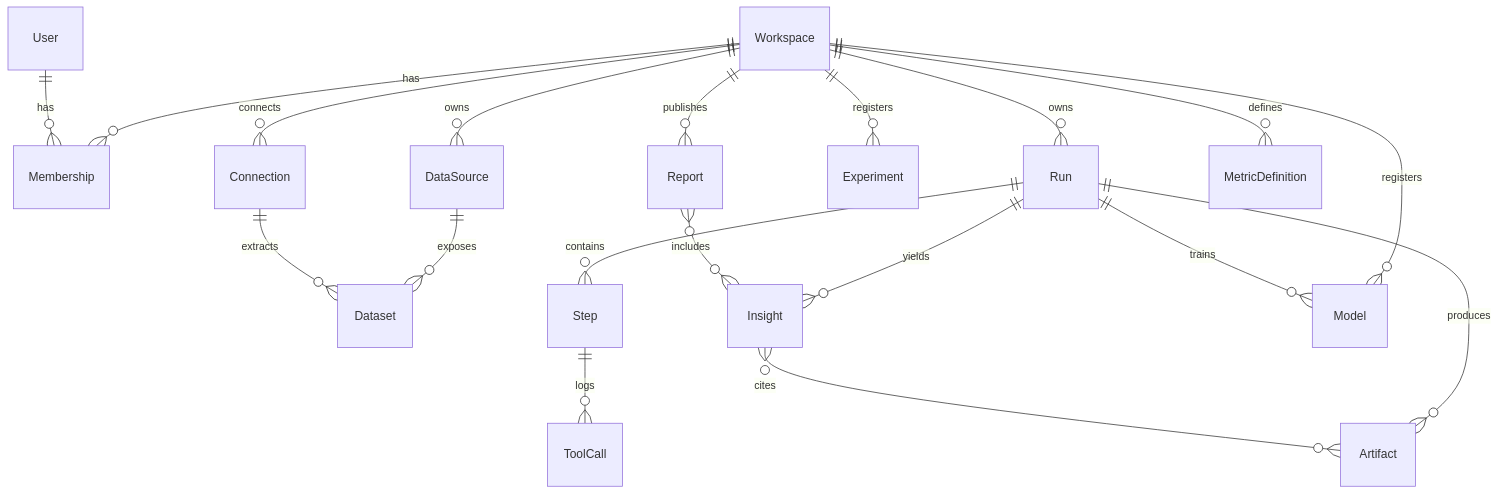
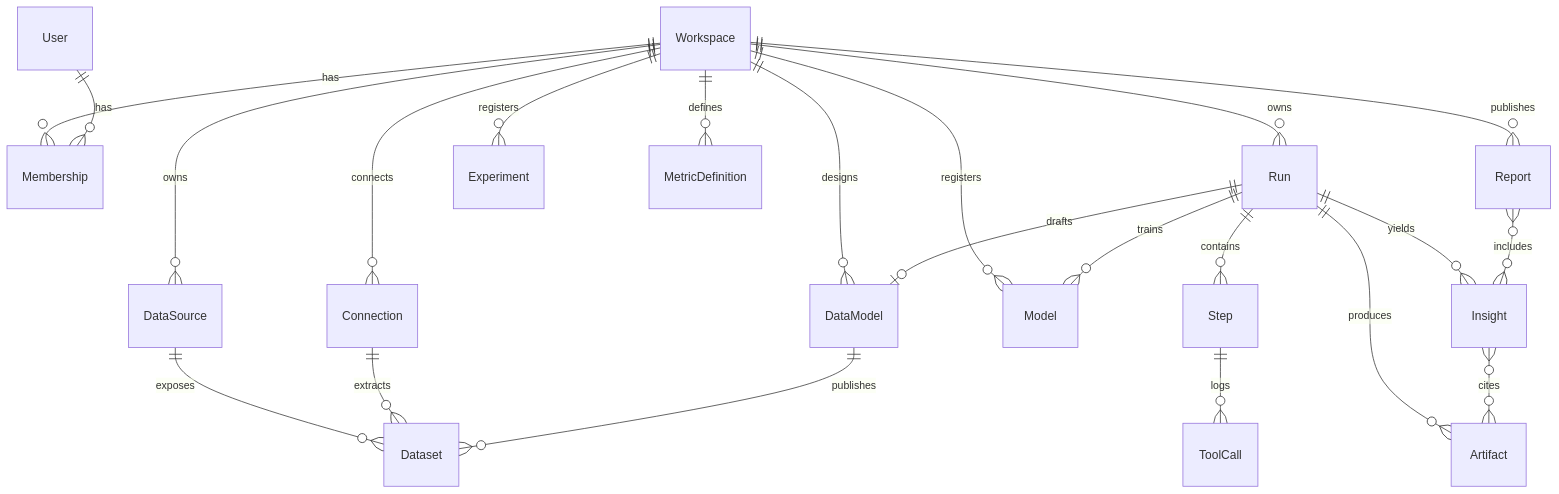
Before and after one commit to SweetVege/inferra: the third of 3 diagrams in docs/ARCHITECTURE.md, drawn with Mermaid. The commit also changed other lines of this file and 54 other files, not shown here.

````diff
--- a/docs/ARCHITECTURE.md
+++ b/docs/ARCHITECTURE.md
@@ -224,21 +254,24 @@
 ```mermaid
 erDiagram
   Workspace ||--o{ Membership : has
   User ||--o{ Membership : has
   Workspace ||--o{ DataSource : owns
   DataSource ||--o{ Dataset : exposes
   Workspace ||--o{ Run : owns
   Run ||--o{ Step : contains
   Step ||--o{ ToolCall : logs
   Run ||--o{ Artifact : produces
   Run ||--o{ Insight : yields
   Insight }o--o{ Artifact : cites
   Workspace ||--o{ Report : publishes
   Report }o--o{ Insight : includes
   Workspace ||--o{ Experiment : registers
   Workspace ||--o{ Model : registers
   Workspace ||--o{ Connection : connects
   Connection ||--o{ Dataset : extracts
   Run ||--o{ Model : trains
   Workspace ||--o{ MetricDefinition : defines
+  Workspace ||--o{ DataModel : designs
+  Run ||--o| DataModel : drafts
+  DataModel ||--o{ Dataset : publishes
 ```
````
